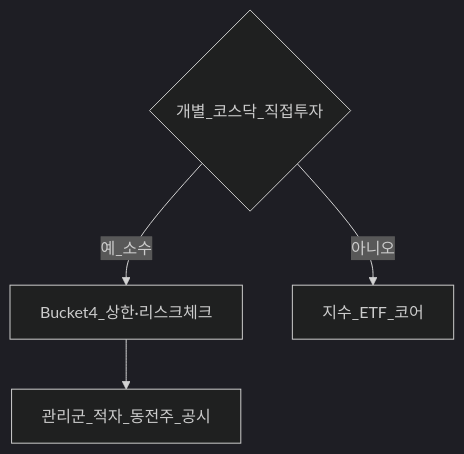
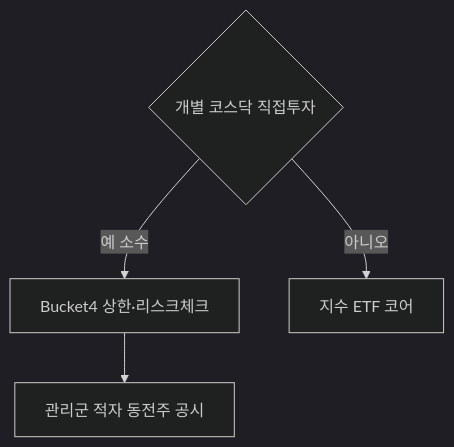
Before and after one commit to goldanghenry/Finances: the third of 3 diagrams in 03-markets/kosdaq-tier-system.md, drawn with Mermaid (dark theme). The commit also changed other lines of this file and 211 other files, not shown here.

````diff
--- a/03-markets/kosdaq-tier-system.md
+++ b/03-markets/kosdaq-tier-system.md
@@ -217,7 +222,7 @@
 ```mermaid
 flowchart TD
-  Q{개별_코스닥_직접투자}
-  Q -->|예_소수| B4[Bucket4_상한·리스크체크]
-  Q -->|아니오| Idx[지수_ETF_코어]
-  B4 --> Check[관리군_적자_동전주_공시]
+  Q{"개별 코스닥 직접투자"}
+  Q -->|"예 소수"| B4["Bucket4 상한·리스크체크"]
+  Q -->|아니오| Idx["지수 ETF 코어"]
+  B4 --> Check["관리군 적자 동전주 공시"]
 ```
````
